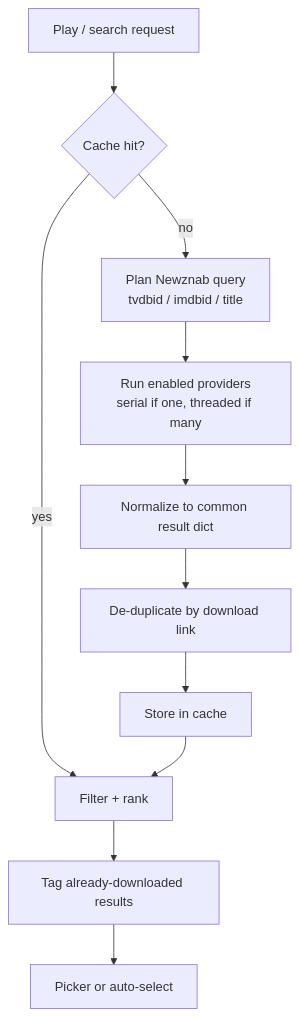
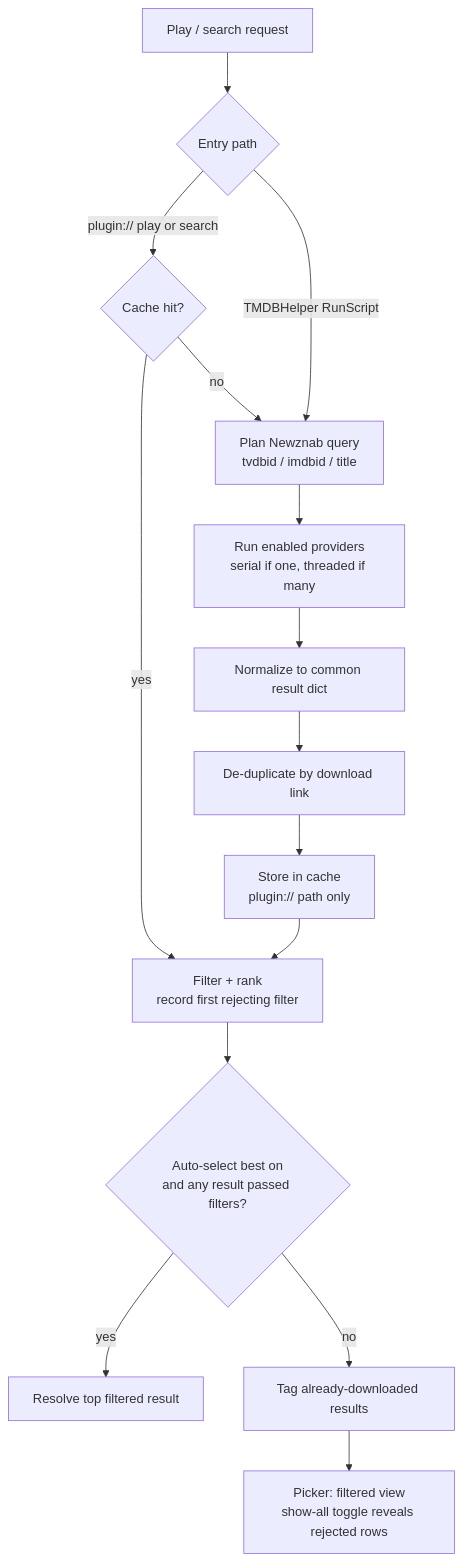
One commit to Appz4Fun/nzbdavkodi changed the first of 2 diagrams in docs-site/how-it-works/search-pipeline.md. Above: the diagram before and after it, drawn with Mermaid. The commit also changed other lines of this file and 38 other files, not shown here.

````diff
--- a/docs-site/how-it-works/search-pipeline.md
+++ b/docs-site/how-it-works/search-pipeline.md
@@ -8,13 +8,17 @@
 ```mermaid
 flowchart TD
-    Q[Play / search request] --> CACHE{Cache hit?}
+    Q[Play / search request] --> SRC{Entry path}
+    SRC -->|plugin:// play or search| CACHE{Cache hit?}
+    SRC -->|TMDBHelper RunScript| PLAN
     CACHE -->|yes| RANK
     CACHE -->|no| PLAN[Plan Newznab query<br/>tvdbid / imdbid / title]
     PLAN --> FAN[Run enabled providers<br/>serial if one, threaded if many]
     FAN --> NORM[Normalize to common result dict]
     NORM --> DEDUPE[De-duplicate by download link]
-    DEDUPE --> STORE[Store in cache]
-    STORE --> RANK[Filter + rank]
-    RANK --> TAG[Tag already-downloaded results]
-    TAG --> PICK[Picker or auto-select]
+    DEDUPE --> STORE[Store in cache<br/>plugin:// path only]
+    STORE --> RANK[Filter + rank<br/>record first rejecting filter]
+    RANK --> PICK{Auto-select best on<br/>and any result passed filters?}
+    PICK -->|yes| PLAY[Resolve top filtered result]
+    PICK -->|no| TAG[Tag already-downloaded results]
+    TAG --> DLG[Picker: filtered view<br/>show-all toggle reveals rejected rows]
 ```
````
